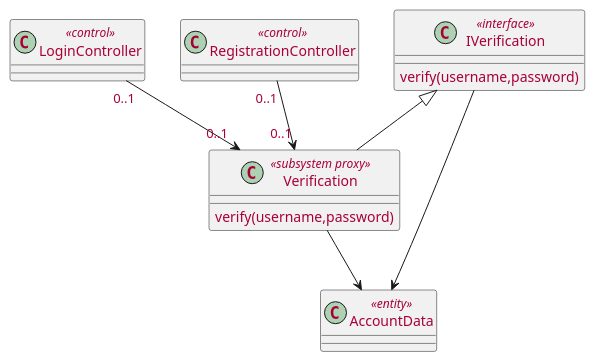
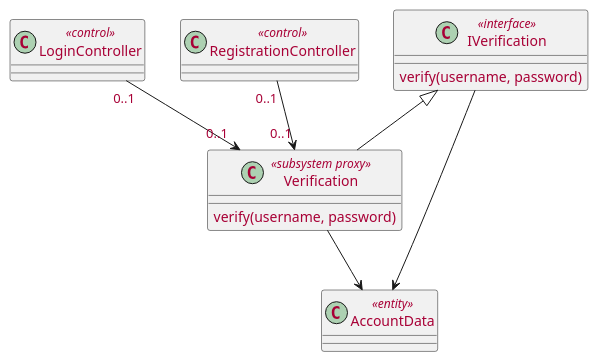
One commit to McSinyx/ipppi changed the diagram in source/solution/design-elements.rst. Above: the diagram before and after it, drawn with PlantUML. The commit also changed other lines of this file and 1 other file, not shown here.

```diff
--- a/source/solution/design-elements.rst
+++ b/source/solution/design-elements.rst
@@ -10,22 +10,22 @@
 .. uml::
 
    skinparam defaultFontColor #a80036
 
    class LoginController <<control>>
 
    class RegistrationController <<control>>
 
    class IVerification <<interface>> {
-      verify(username,password)
+      verify(username, password)
    }
 
    class Verification <<subsystem proxy>> extends IVerification {
-      verify(username,password)
+      verify(username, password)
    }
 
    class AccountData <<entity>>
 
    LoginController "0..1" --> "0..1" Verification
    RegistrationController "0..1" --> "0..1" Verification
    IVerification --> AccountData
    Verification --> AccountData
```
